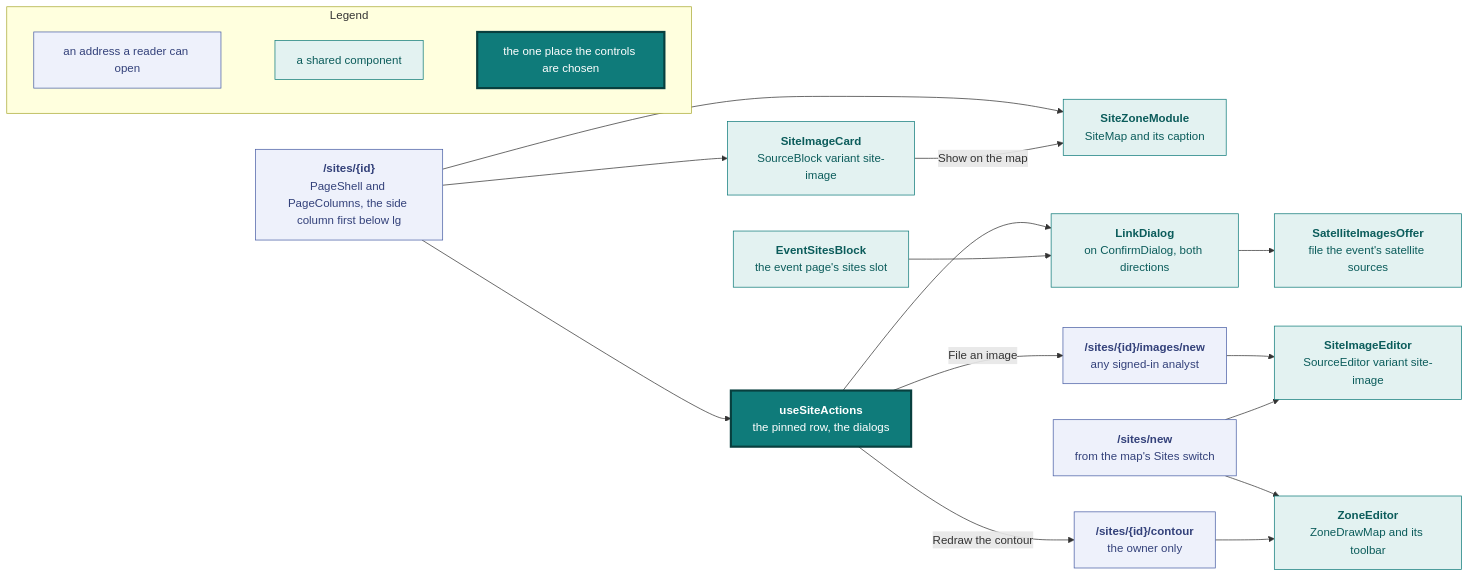
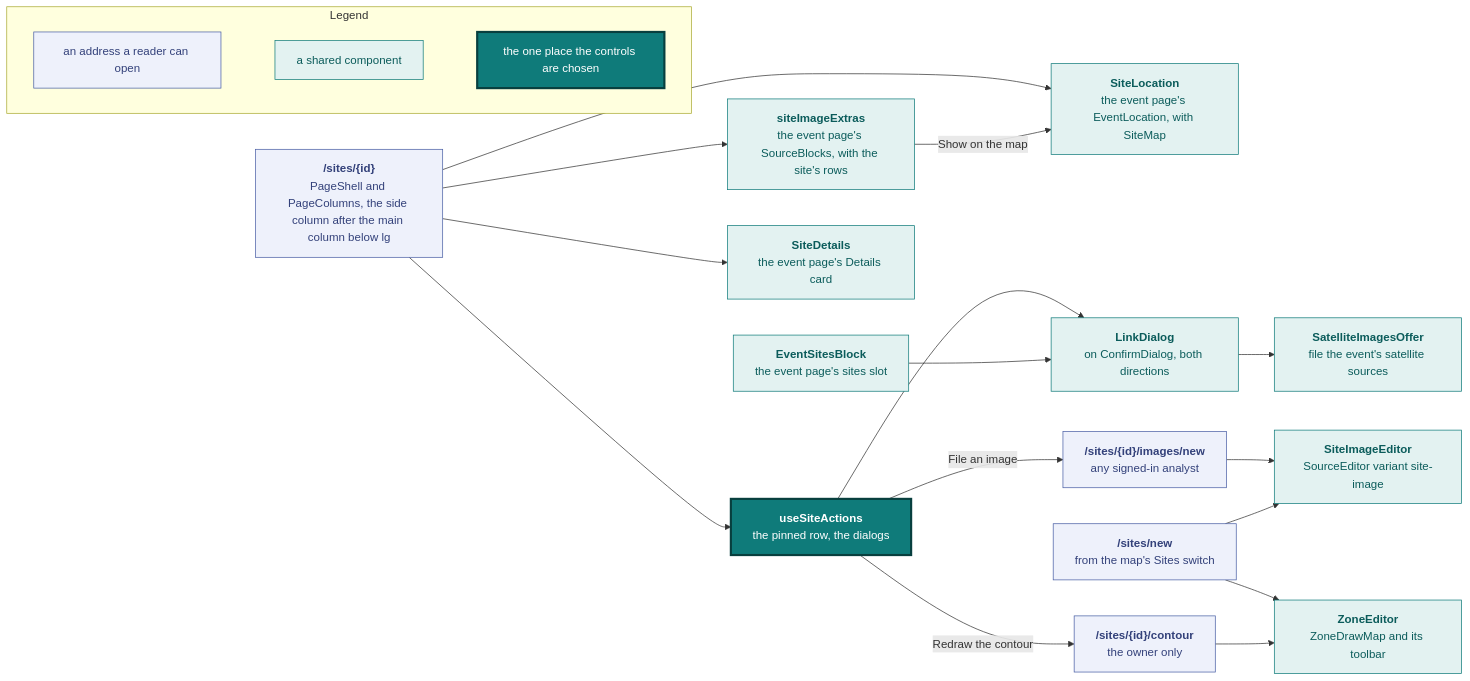
Diagram 15 of 17 in docs/design.md (vidithq/vidit), drawn with Mermaid before and after one commit. The commit also changed other lines of this file and 21 other files, not shown here.

First line of the commit message:
feat(sites): show site location and details in the event page blocks

````diff
--- a/docs/design.md
+++ b/docs/design.md
@@ -1502,53 +1504,56 @@
 ```mermaid
 flowchart LR
   classDef spec fill:#eef1fb,stroke:#4a5fa5,color:#33417a
   classDef shared fill:#e3f2f1,stroke:#0f7b7a,color:#0b5c5b
   classDef core fill:#0f7b7a,stroke:#083f3e,stroke-width:3px,color:#ffffff
 
   subgraph legend [Legend]
     direction LR
     l1["`an address a reader can open`"]:::spec
     l2["`a shared component`"]:::shared
     l3["`the one place the controls are chosen`"]:::core
     l1 ~~~ l2 ~~~ l3
   end
 
   page["`**/sites/{id}**
-  PageShell and PageColumns, the side column first below lg`"]:::spec
+  PageShell and PageColumns, the side column after the main column below lg`"]:::spec
   actions["`**useSiteActions**
   the pinned row, the dialogs`"]:::core
-  card["`**SiteImageCard**
-  SourceBlock variant site-image`"]:::shared
-  zone["`**SiteZoneModule**
-  SiteMap and its caption`"]:::shared
+  card["`**siteImageExtras**
+  the event page's SourceBlocks, with the site's rows`"]:::shared
+  zone["`**SiteLocation**
+  the event page's EventLocation, with SiteMap`"]:::shared
+  details["`**SiteDetails**
+  the event page's Details card`"]:::shared
   dialog["`**LinkDialog**
   on ConfirmDialog, both directions`"]:::shared
   offer["`**SatelliteImagesOffer**
   file the event's satellite sources`"]:::shared
   file["`**/sites/{id}/images/new**
   any signed-in analyst`"]:::spec
   contour["`**/sites/{id}/contour**
   the owner only`"]:::spec
   create["`**/sites/new**
   from the map's Sites switch`"]:::spec
   imageed["`**SiteImageEditor**
   SourceEditor variant site-image`"]:::shared
   zoneed["`**ZoneEditor**
   ZoneDrawMap and its toolbar`"]:::shared
   event["`**EventSitesBlock**
   the event page's sites slot`"]:::shared
 
   page --> actions
   page --> card
   page --> zone
+  page --> details
   card -->|"Show on the map"| zone
   actions --> dialog
   event --> dialog
   dialog --> offer
   actions -->|"File an image"| file
   actions -->|"Redraw the contour"| contour
   file --> imageed
   create --> imageed
   create --> zoneed
   contour --> zoneed
 ```
````
